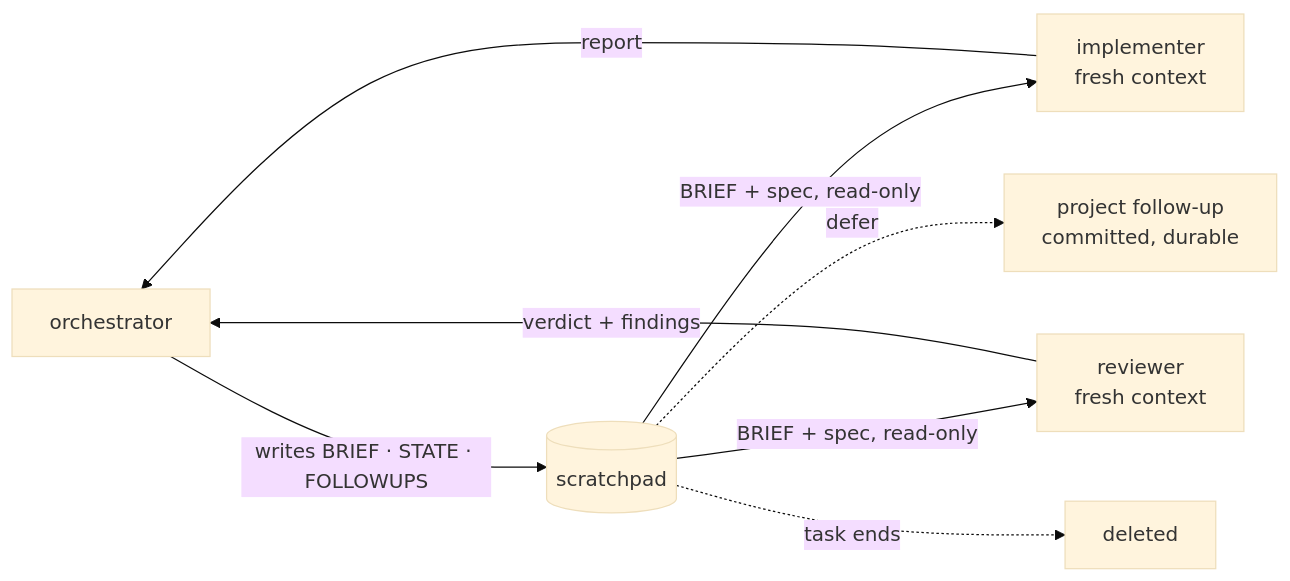
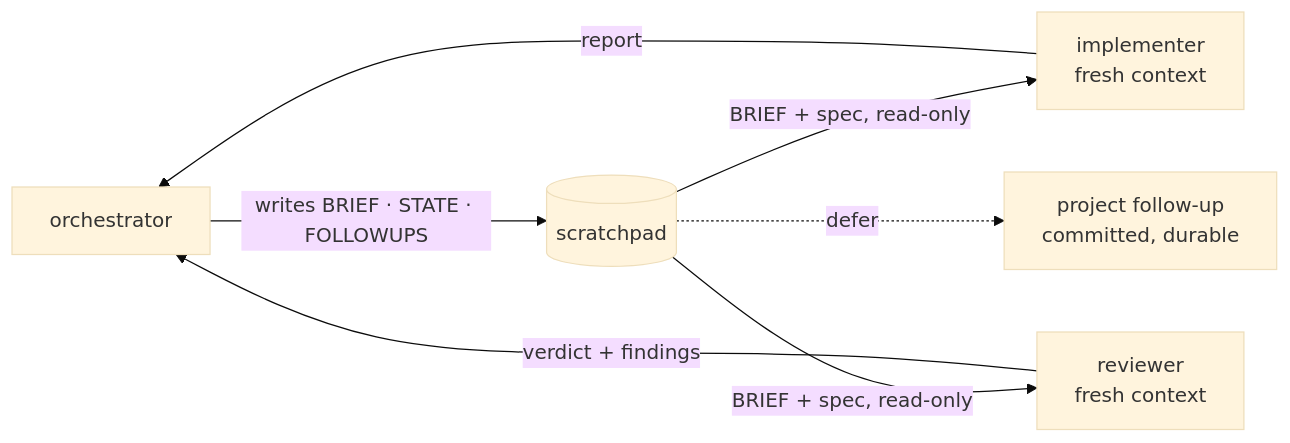
Before and after one commit to damusix/atomic-claude: the third of 4 diagrams in docs/reference/concepts.md, drawn with Mermaid (base theme). The commit also changed other lines of this file, not shown here.

````diff
--- a/docs/reference/concepts.md
+++ b/docs/reference/concepts.md
@@ -204,14 +189,13 @@
 ```mermaid
 flowchart LR
     accTitle: What carries state between fresh-context subagent runs
-    accDescr: Only the orchestrator writes the scratchpad files. The implementer and reviewer read the brief and the spec and report back to the orchestrator. When the task ends the scratchpad is deleted, so only commits and promoted follow-ups survive it.
+    accDescr: Only the orchestrator writes the scratchpad files. The implementer and reviewer read the brief and the spec and report back to the orchestrator. Deferred findings are promoted to committed follow-ups.
     %% source: context/commands/subagent-implementation.md
     %% claim: only the orchestrator writes the scratchpad; subagents read the brief and report back
     Orch["orchestrator"] -->|"writes BRIEF · STATE · FOLLOWUPS"| Scratch[("scratchpad")]
     Scratch -->|"BRIEF + spec, read-only"| Impl["implementer<br/>fresh context"]
     Scratch -->|"BRIEF + spec, read-only"| Rev["reviewer<br/>fresh context"]
     Impl -->|"report"| Orch
     Rev -->|"verdict + findings"| Orch
     Scratch -.->|"defer"| FU["project follow-up<br/>committed, durable"]
-    Scratch -.->|"task ends"| Del["deleted"]
 ```
````
